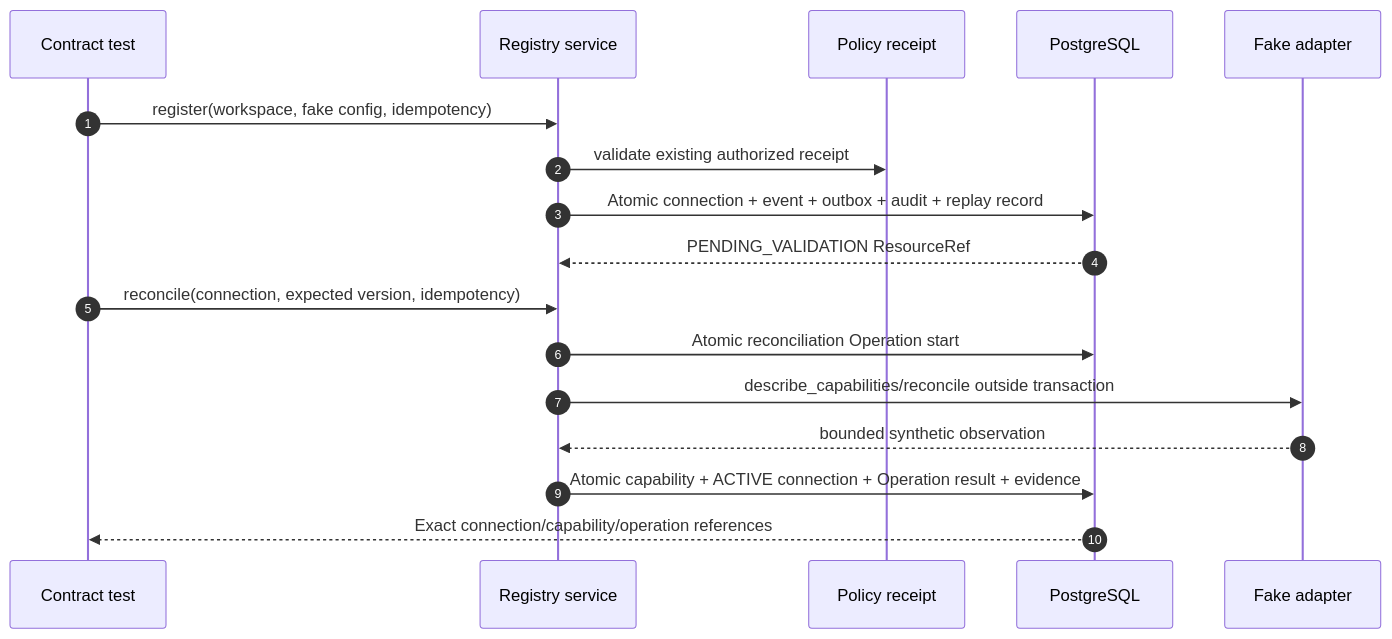
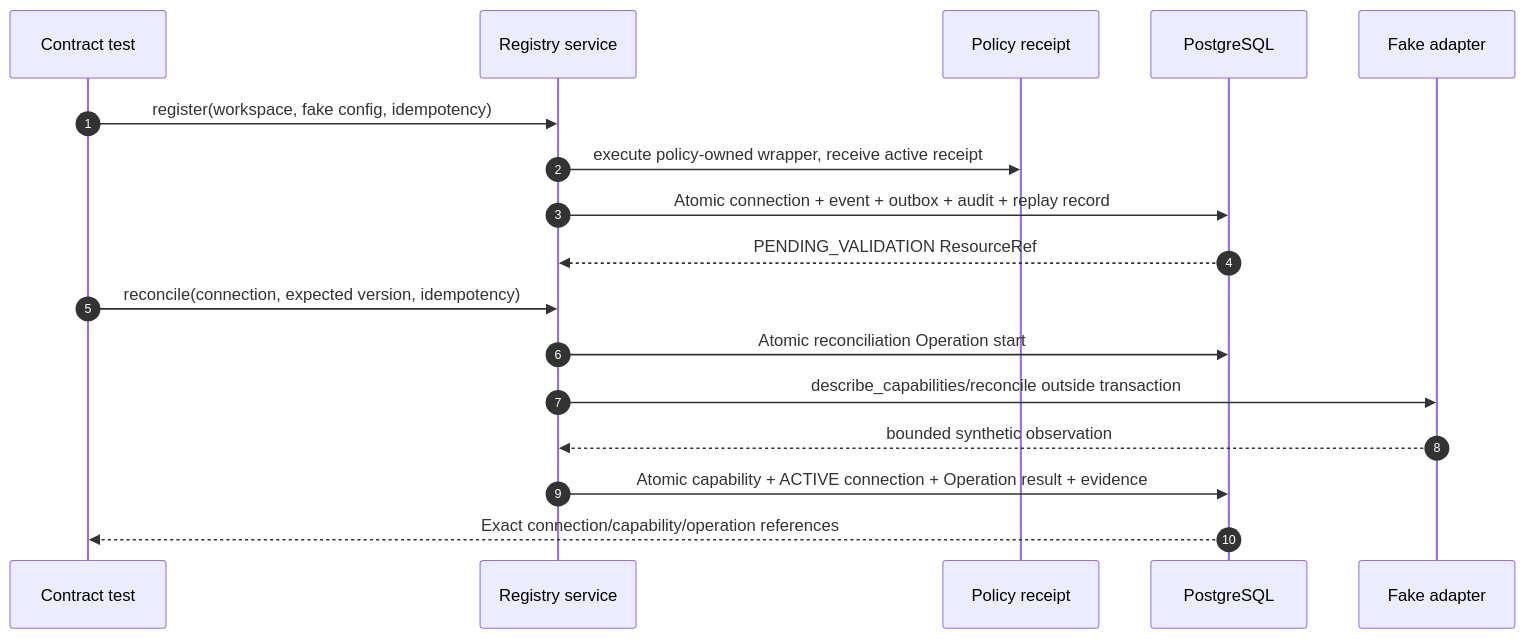
One commit to faocampo/curve changed the first of 2 diagrams in docs/technical/m0-s9a-provider-registry-task-packet.md. Above: the diagram before and after it, drawn with Mermaid. The commit also changed other lines of this file and 7 other files, not shown here.

````diff
--- a/docs/technical/m0-s9a-provider-registry-task-packet.md
+++ b/docs/technical/m0-s9a-provider-registry-task-packet.md
@@ -181,20 +186,20 @@
 ```mermaid
 sequenceDiagram
     autonumber
     participant T as Contract test
     participant S as Registry service
     participant P as Policy receipt
     participant DB as PostgreSQL
     participant F as Fake adapter
 
     T->>S: register(workspace, fake config, idempotency)
-    S->>P: validate existing authorized receipt
+    S->>P: execute policy-owned wrapper, receive active receipt
     S->>DB: Atomic connection + event + outbox + audit + replay record
     DB-->>S: PENDING_VALIDATION ResourceRef
     T->>S: reconcile(connection, expected version, idempotency)
     S->>DB: Atomic reconciliation Operation start
     S->>F: describe_capabilities/reconcile outside transaction
     F-->>S: bounded synthetic observation
     S->>DB: Atomic capability + ACTIVE connection + Operation result + evidence
     DB-->>T: Exact connection/capability/operation references
 ```
````
